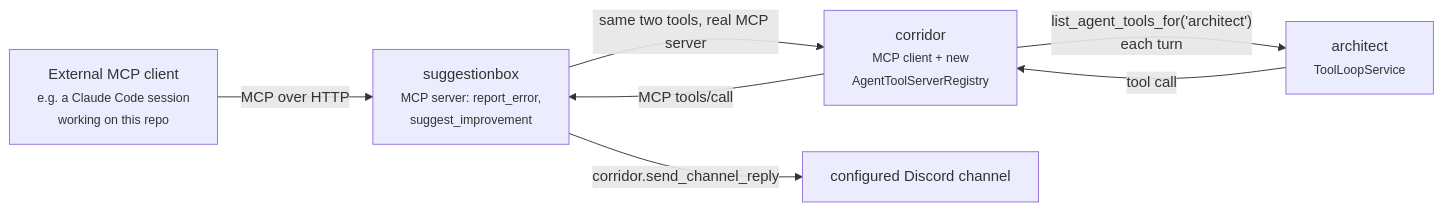
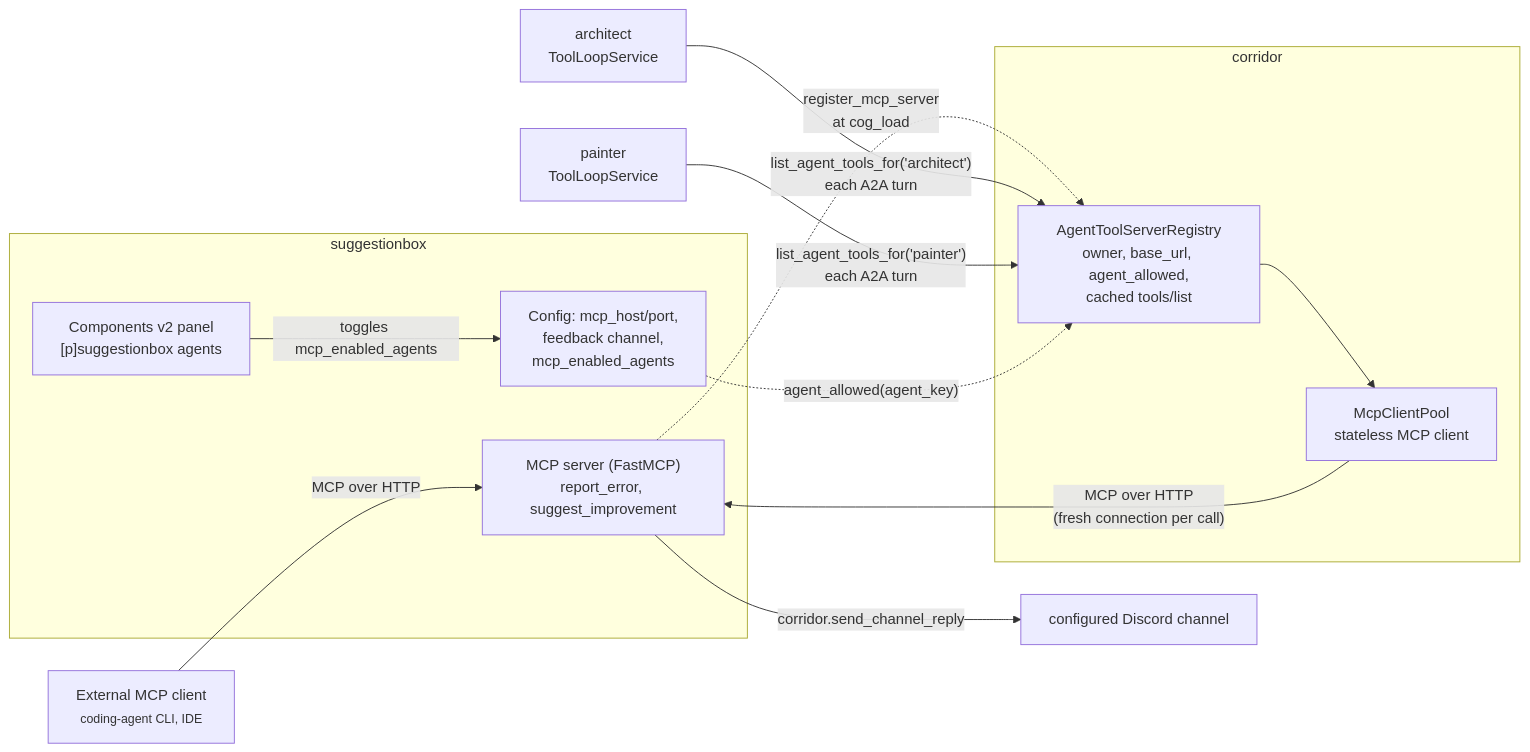
One commit to pixel-agents-hq/pixel-agents-cogs changed the first of 3 diagrams in docs/suggestionbox-design.md. Above: the diagram before and after it, drawn with Mermaid. The commit also changed other lines of this file and 39 other files, not shown here.

````diff
--- a/docs/suggestionbox-design.md
+++ b/docs/suggestionbox-design.md
@@ -49,15 +33,28 @@
 ```mermaid
 flowchart LR
-    Ext["External MCP client<br/><small>e.g. a Claude Code session<br/>working on this repo</small>"]
-    SB["suggestionbox<br/><small>MCP server: report_error,<br/>suggest_improvement</small>"]
-    C["corridor<br/><small>MCP client + new<br/>AgentToolServerRegistry</small>"]
-    Arch["architect<br/><small>ToolLoopService</small>"]
+    subgraph SBox["suggestionbox"]
+        MCP["MCP server (FastMCP)<br/>report_error, suggest_improvement"]
+        Panel["Components v2 panel<br/>[p]suggestionbox agents"]
+        Cfg["Config: mcp_host/port,<br/>feedback channel,<br/>mcp_enabled_agents"]
+    end
+
+    subgraph Corridor["corridor"]
+        Registry["AgentToolServerRegistry<br/>owner, base_url, agent_allowed,<br/>cached tools/list"]
+        Client["McpClientPool<br/>stateless MCP client"]
+    end
+
+    Ext["External MCP client<br/><small>coding-agent CLI, IDE</small>"]
+    Arch["architect<br/>ToolLoopService"]
+    Paint["painter<br/>ToolLoopService"]
     Chan["configured Discord channel"]
 
-    Ext -- "MCP over HTTP" --> SB
-    SB -- "same two tools, real MCP server" --> C
-    C -- "list_agent_tools_for('architect')<br/>each turn" --> Arch
-    Arch -- "tool call" --> C
-    C -- "MCP tools/call" --> SB
-    SB -- "corridor.send_channel_reply" --> Chan
+    Ext -- "MCP over HTTP" --> MCP
+    MCP -.->|"register_mcp_server<br/>at cog_load"| Registry
+    Registry --> Client
+    Client -- "MCP over HTTP<br/>(fresh connection per call)" --> MCP
+    Arch -- "list_agent_tools_for('architect')<br/>each A2A turn" --> Registry
+    Paint -- "list_agent_tools_for('painter')<br/>each A2A turn" --> Registry
+    Panel -- "toggles mcp_enabled_agents" --> Cfg
+    Cfg -. "agent_allowed(agent_key)" .-> Registry
+    MCP -- "corridor.send_channel_reply" --> Chan
 ```
````
